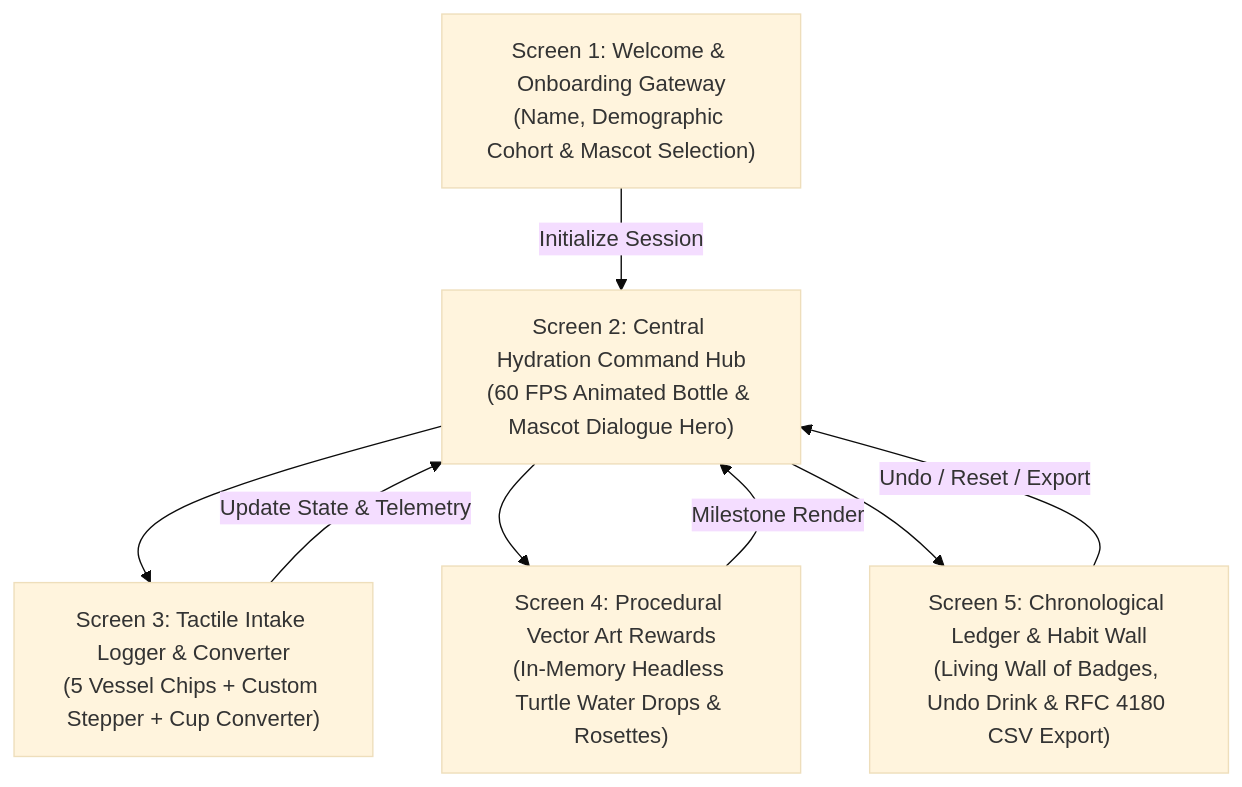
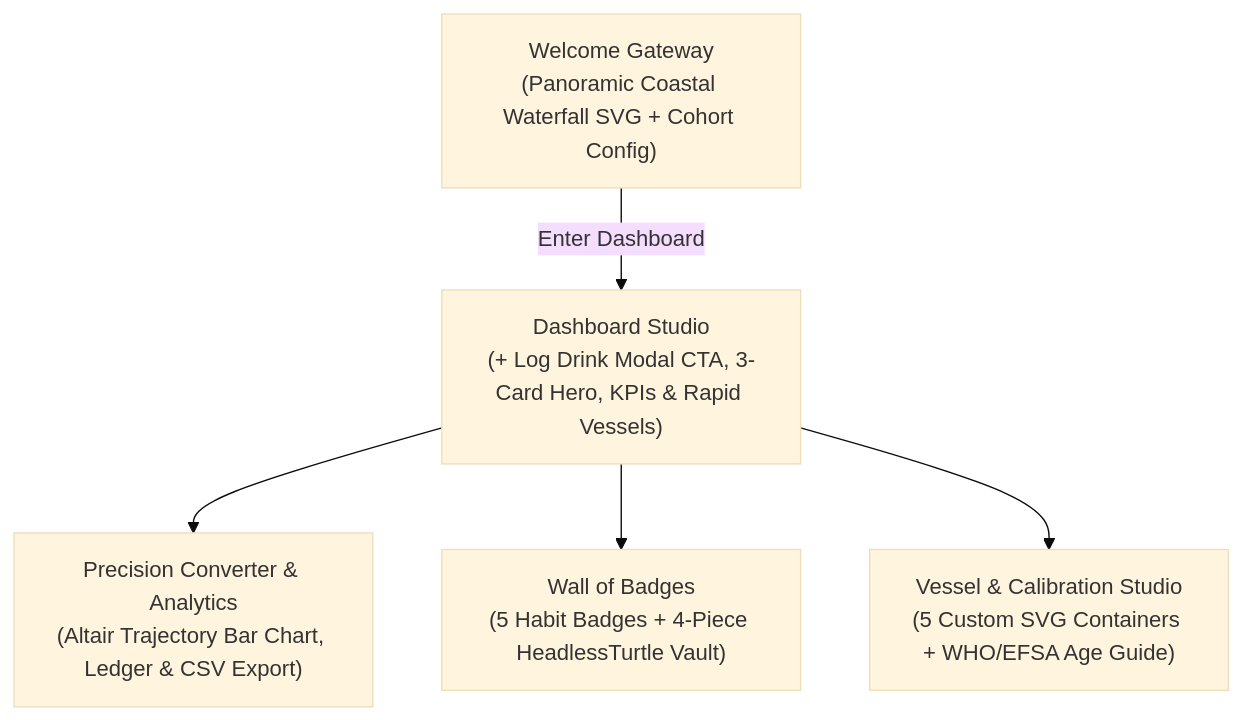
The fourth of 7 diagrams in README.md (parthibcpana/IDAI102-1000544-PARTH-PARVINBHAI-GAJERA), drawn with Mermaid (base theme) before and after one commit. The commit also changed other lines of this file and 11 other files, not shown here.

Commit message:
Redesign WaterBuddy Coastal Oasis UI, custom SVG icons, + Log Drink modal, and updated README gallery

````diff
--- a/README.md
+++ b/README.md
@@ -185,10 +166,7 @@
 ```mermaid
 flowchart TD
-    A["Screen 1: Welcome & Onboarding Gateway<br>(Name, Demographic Cohort & Mascot Selection)"] -->|Initialize Session| B["Screen 2: Central Hydration Command Hub<br>(60 FPS Animated Bottle & Mascot Dialogue Hero)"]
-    B --> C["Screen 3: Tactile Intake Logger & Converter<br>(5 Vessel Chips + Custom Stepper + Cup Converter)"]
-    B --> D["Screen 4: Procedural Vector Art Rewards<br>(In-Memory Headless Turtle Water Drops & Rosettes)"]
-    B --> E["Screen 5: Chronological Ledger & Habit Wall<br>(Living Wall of Badges, Undo Drink & RFC 4180 CSV Export)"]
-    C -->|Update State & Telemetry| B
-    D -->|Milestone Render| B
-    E -->|Undo / Reset / Export| B
+    S1["Welcome Gateway<br>(Panoramic Coastal Waterfall SVG + Cohort Config)"] -->|Enter Dashboard| S2["Dashboard Studio<br>(+ Log Drink Modal CTA, 3-Card Hero, KPIs & Rapid Vessels)"]
+    S2 --> S3["Precision Converter & Analytics<br>(Altair Trajectory Bar Chart, Ledger & CSV Export)"]
+    S2 --> S4["Wall of Badges<br>(5 Habit Badges + 4-Piece HeadlessTurtle Vault)"]
+    S2 --> S5["Vessel & Calibration Studio<br>(5 Custom SVG Containers + WHO/EFSA Age Guide)"]
 ```
````
